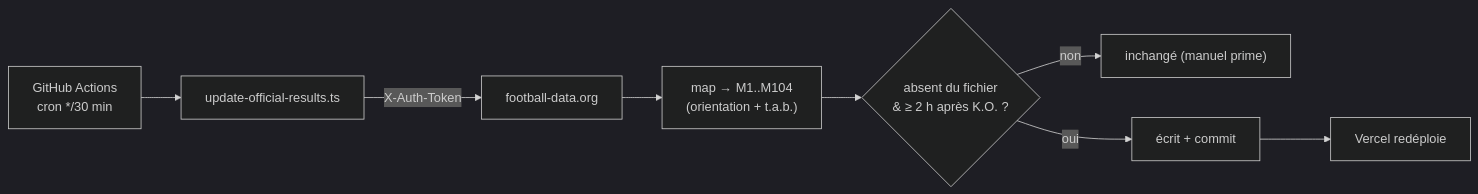
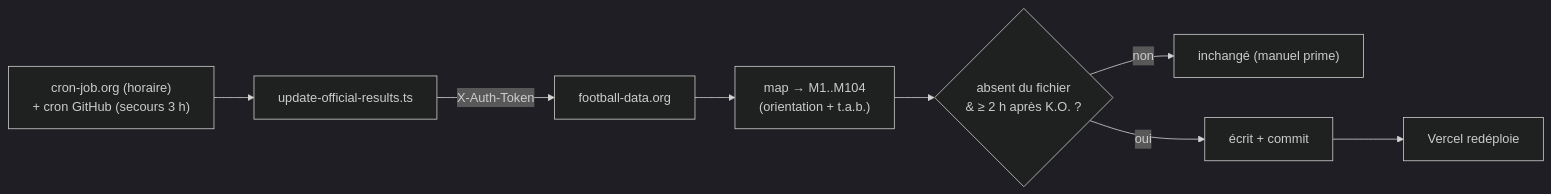
One commit to bencrob/wc2026 changed the third of 3 diagrams in README.md. Above: the diagram before and after it, drawn with Mermaid (dark theme). The commit also changed other lines of this file and 11 other files, not shown here.

````diff
--- a/README.md
+++ b/README.md
@@ -196,10 +211,10 @@
 ```mermaid
 flowchart LR
-  CRON["GitHub Actions<br/>cron */30 min"] --> SCRIPT["update-official-results.ts"]
+  CRON["cron-job.org (horaire)<br/>+ cron GitHub (secours 3 h)"] --> SCRIPT["update-official-results.ts"]
   SCRIPT -->|X-Auth-Token| API["football-data.org"]
   API --> MAP["map → M1..M104<br/>(orientation + t.a.b.)"]
   MAP --> MERGE{"absent du fichier<br/>& ≥ 2 h après K.O. ?"}
   MERGE -->|non| SKIP["inchangé (manuel prime)"]
   MERGE -->|oui| WRITE["écrit + commit"]
   WRITE --> VERCEL["Vercel redéploie"]
 ```
````
